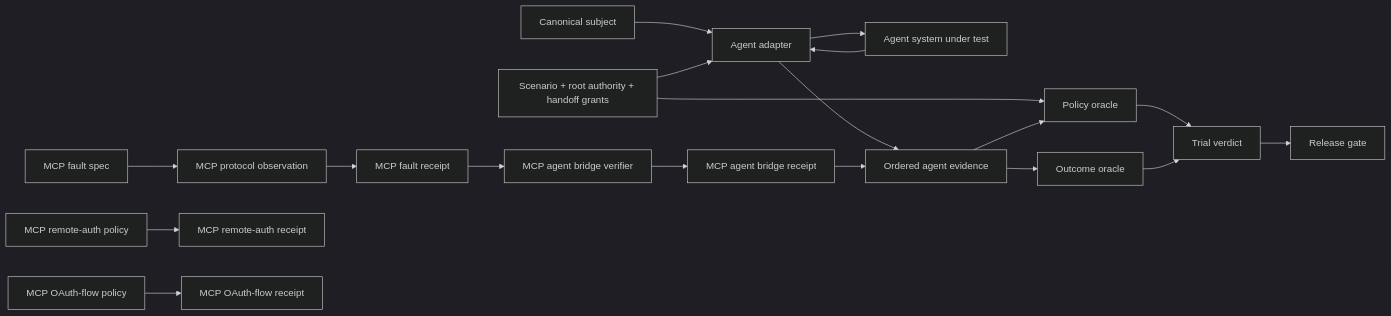
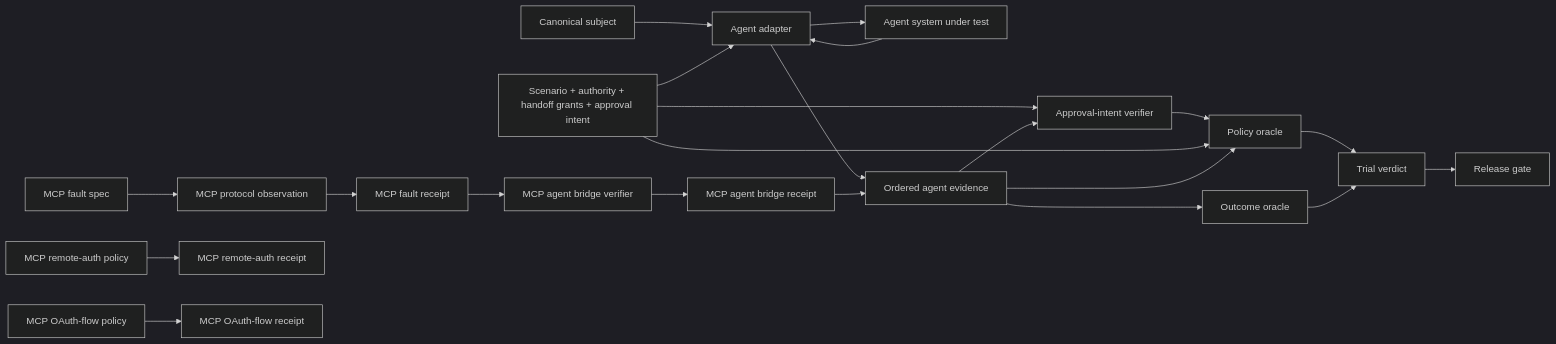
One commit to portyu9/qa-automation-ai-agent-evals changed the diagram in README.md. Above: the diagram before and after it, drawn with Mermaid (dark theme). The commit also changed other lines of this file, not shown here.

Commit message:
docs: align README with native HITL assurance boundary

````diff
--- a/README.md
+++ b/README.md
@@ -295,47 +338,51 @@
 ```mermaid
 flowchart LR
-    accTitle: Evidence-bound agent, delegated-handoff, MCP protocol, MCP-to-agent delivery, resource authorization, and OAuth-flow assurance architecture
-    accDescr: Canonical subject and scenario contracts drive agent execution and deterministic grading. Scenario-owned handoff grants constrain active-agent authority. Raw MCP protocol, remote-auth, and OAuth observations remain separate evidence. Three controlled MCP stdio paths cross into agent evidence only after exact bridge verification.
+    accTitle: Evidence-bound agent, approval-intent, delegated-handoff, MCP protocol, MCP-to-agent delivery, resource authorization, and OAuth-flow assurance architecture
+    accDescr: Canonical subject and scenario contracts drive agent execution and deterministic grading. Scenario-owned handoff grants constrain active-agent authority. Native approval decisions are semantically bound to exact pending invocations and accepted authority paths before grading. Raw MCP protocol, remote-auth, and OAuth observations remain separate evidence.
 
     S[Canonical subject]
-    C[Scenario + root authority + handoff grants]
+    C[Scenario + authority + handoff grants + approval intent]
     A[Agent adapter]
     U[Agent system under test]
     E[Ordered agent evidence]
+    H[Approval-intent verifier]
     P[Policy oracle]
     O[Outcome oracle]
     T[Trial verdict]
     G[Release gate]
 
     MF[MCP fault spec]
     MP[MCP protocol observation]
     MR[MCP fault receipt]
     B[MCP agent bridge verifier]
     BR[MCP agent bridge receipt]
 
     AP[MCP remote-auth policy]
     AR[MCP remote-auth receipt]
     OP[MCP OAuth-flow policy]
     OR[MCP OAuth-flow receipt]
 
     S --> A
     C --> A
     A --> U
     U --> A
     A --> E
+    C --> H
+    E --> H
+    H --> P
     C --> P
     E --> P
     E --> O
     P --> T
     O --> T
     T --> G
 
     MF --> MP
     MP --> MR
     MR --> B
     B --> BR
     BR --> E
 
     AP --> AR
     OP --> OR
 ```
````
